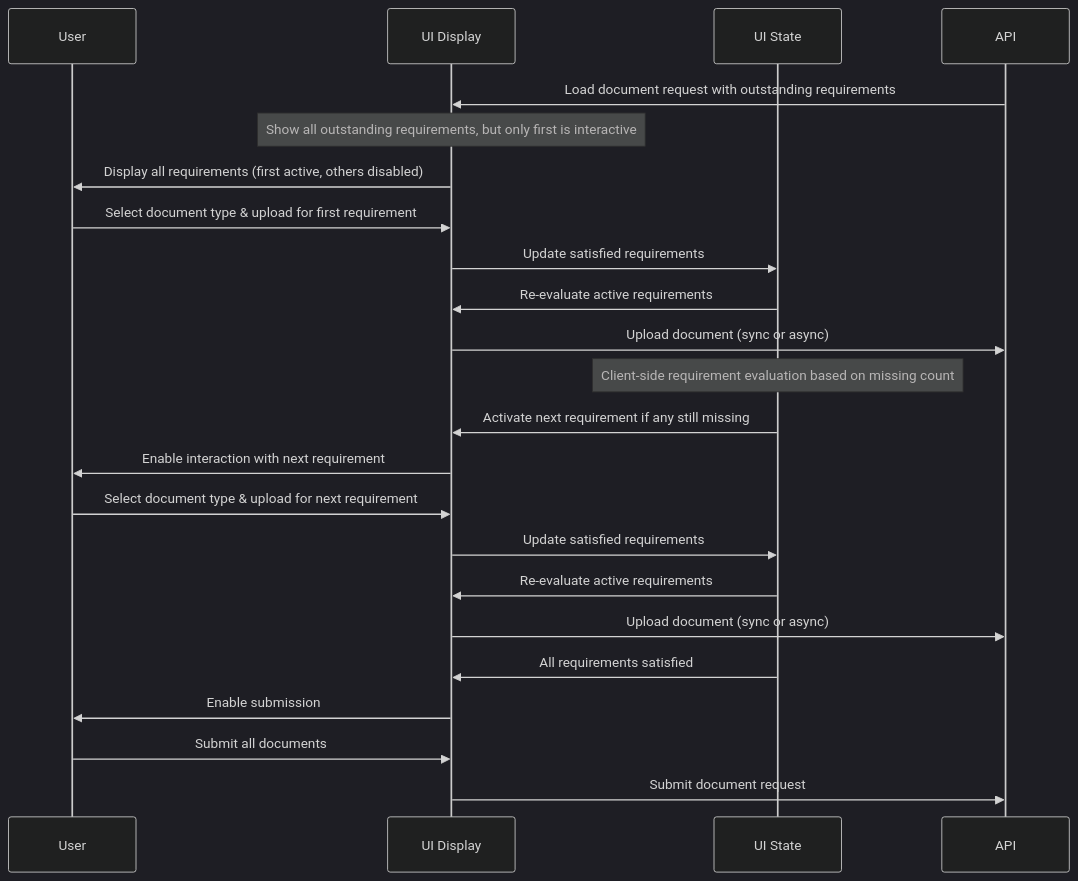
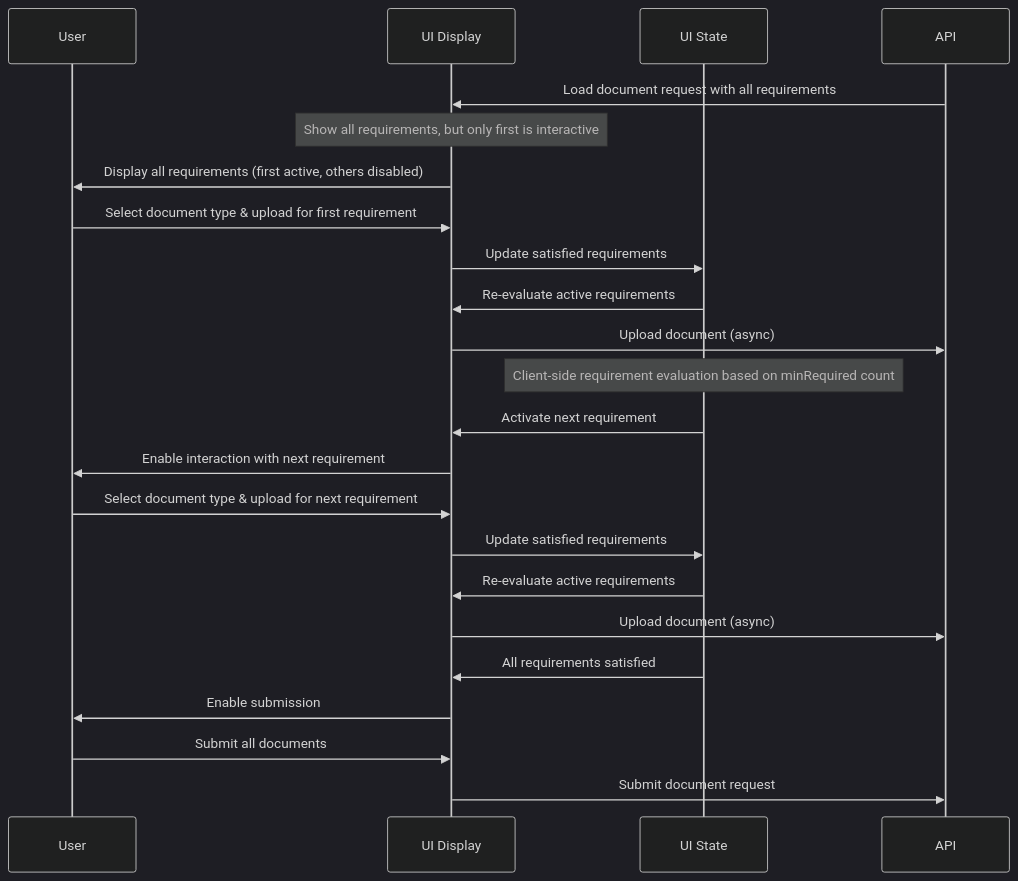
The diagram in embedded-components/src/core/OnboardingWizardBasic/DocumentUploadStepForm/IMPLEMENTATION_GUIDE.md (jpmorgan-payments/embedded-finance), drawn with Mermaid (dark theme) before and after one commit. The commit also changed other lines of this file and 1 other file, not shown here.

Commit message:
fix: update DocumentUploadStepForm to use root requirements instead of outstanding requirements for improved document handling

````diff
--- a/embedded-components/src/core/OnboardingWizardBasic/DocumentUploadStepForm/IMPLEMENTATION_GUIDE.md
+++ b/embedded-components/src/core/OnboardingWizardBasic/DocumentUploadStepForm/IMPLEMENTATION_GUIDE.md
@@ -11,31 +25,31 @@
 ```mermaid
 sequenceDiagram
     participant User
     participant UI Display
     participant UI State
     participant API
 
-    API->>UI Display: Load document request with outstanding requirements
-    Note over UI Display: Show all outstanding requirements, but only first is interactive
+    API->>UI Display: Load document request with all requirements
+    Note over UI Display: Show all requirements, but only first is interactive
     UI Display->>User: Display all requirements (first active, others disabled)
 
     User->>UI Display: Select document type & upload for first requirement
     UI Display->>UI State: Update satisfied requirements
     UI State->>UI Display: Re-evaluate active requirements
-    UI Display->>API: Upload document (sync or async)
+    UI Display->>API: Upload document (async)
 
-    Note over UI State: Client-side requirement evaluation based on missing count
+    Note over UI State: Client-side requirement evaluation based on minRequired count
 
-    UI State->>UI Display: Activate next requirement if any still missing
+    UI State->>UI Display: Activate next requirement
     UI Display->>User: Enable interaction with next requirement
 
     User->>UI Display: Select document type & upload for next requirement
     UI Display->>UI State: Update satisfied requirements
     UI State->>UI Display: Re-evaluate active requirements
-    UI Display->>API: Upload document (sync or async)
+    UI Display->>API: Upload document (async)
 
     UI State->>UI Display: All requirements satisfied
     UI Display->>User: Enable submission
     User->>UI Display: Submit all documents
     UI Display->>API: Submit document request
 ```
````
